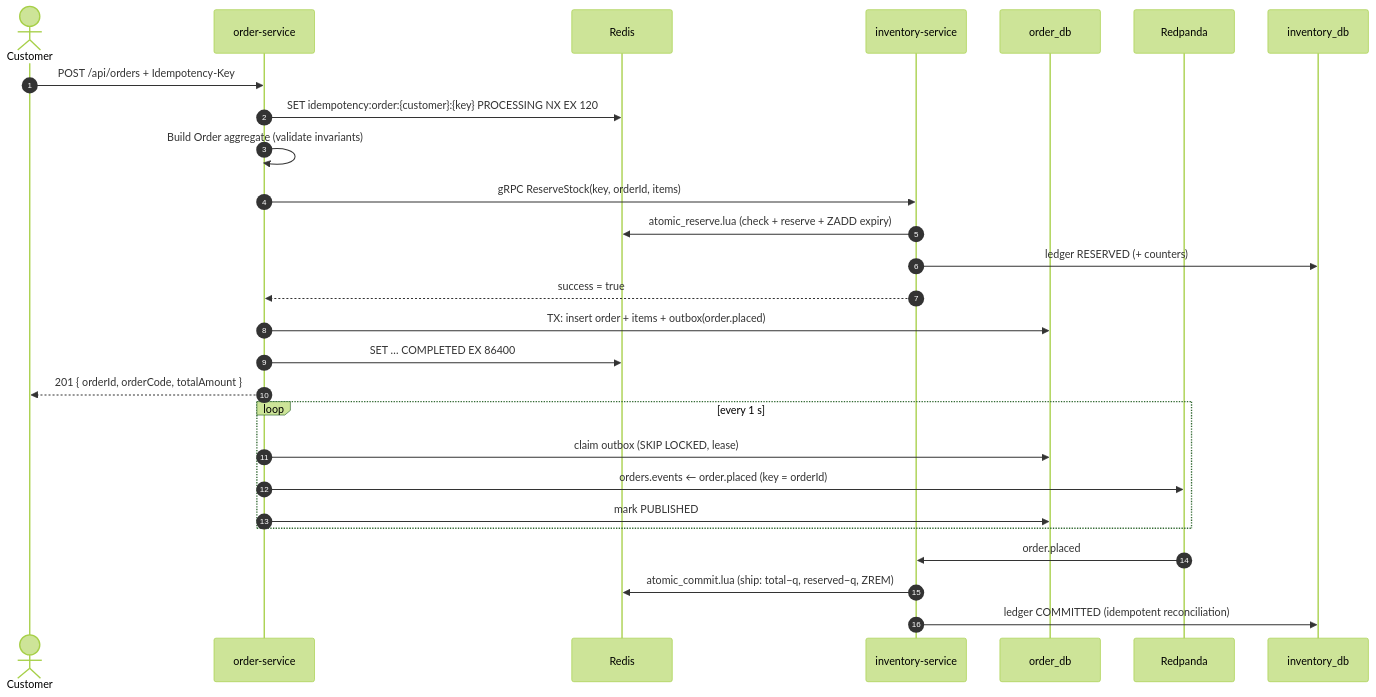
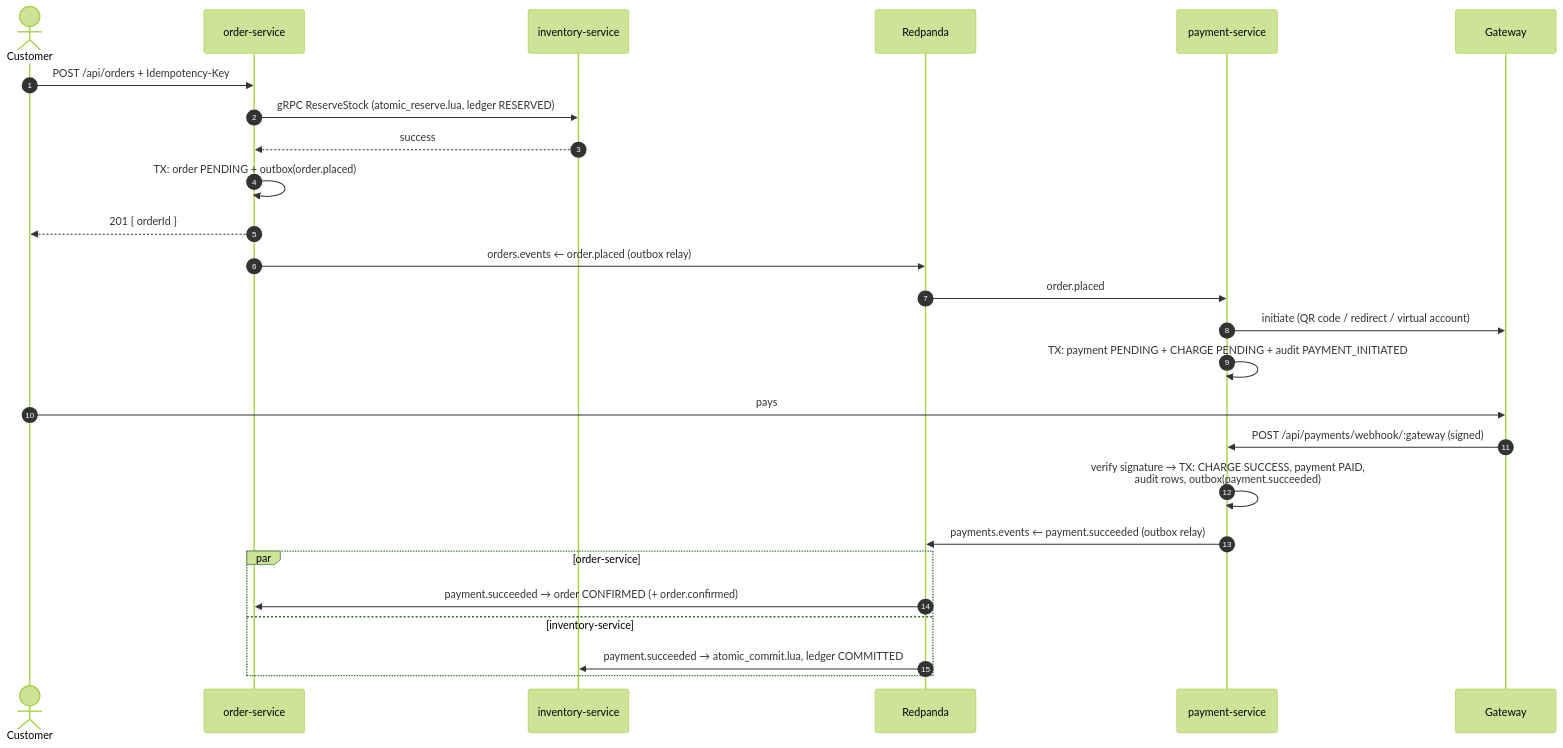
The seventh of 11 diagrams in docs/system-design.md (NamCaoDev/nestjs-ecommerce), drawn with Mermaid (forest theme) before and after one commit. The commit also changed other lines of this file and 330 other files, not shown here.

````diff
--- a/docs/system-design.md
+++ b/docs/system-design.md
@@ -228,30 +298,29 @@
 ```mermaid
 sequenceDiagram
   autonumber
   actor C as Customer
   participant O as order-service
-  participant R as Redis
   participant I as inventory-service
-  participant ODB as order_db
   participant K as Redpanda
-  participant IDB as inventory_db
+  participant P as payment-service
+  participant G as Gateway
 
   C->>O: POST /api/orders + Idempotency-Key
-  O->>R: SET idempotency:order:{customer}:{key} PROCESSING NX EX 120
-  O->>O: Build Order aggregate (validate invariants)
-  O->>I: gRPC ReserveStock(key, orderId, items)
-  I->>R: atomic_reserve.lua (check + reserve + ZADD expiry)
-  I->>IDB: ledger RESERVED (+ counters)
-  I-->>O: success = true
-  O->>ODB: TX: insert order + items + outbox(order.placed)
-  O->>R: SET … COMPLETED EX 86400
-  O-->>C: 201 { orderId, orderCode, totalAmount }
-  loop every 1 s
-    O->>ODB: claim outbox (SKIP LOCKED, lease)
-    O->>K: orders.events ← order.placed (key = orderId)
-    O->>ODB: mark PUBLISHED
+  O->>I: gRPC ReserveStock (atomic_reserve.lua, ledger RESERVED)
+  I-->>O: success
+  O->>O: TX: order PENDING + outbox(order.placed)
+  O-->>C: 201 { orderId }
+  O->>K: orders.events ← order.placed (outbox relay)
+  K->>P: order.placed
+  P->>G: initiate (QR code / redirect / virtual account)
+  P->>P: TX: payment PENDING + CHARGE PENDING + audit PAYMENT_INITIATED
+  C->>G: pays
+  G->>P: POST /api/payments/webhook/:gateway (signed)
+  P->>P: verify signature → TX: CHARGE SUCCESS, payment PAID,<br/>audit rows, outbox(payment.succeeded)
+  P->>K: payments.events ← payment.succeeded (outbox relay)
+  par order-service
+    K->>O: payment.succeeded → order CONFIRMED (+ order.confirmed)
+  and inventory-service
+    K->>I: payment.succeeded → atomic_commit.lua, ledger COMMITTED
   end
-  K->>I: order.placed
-  I->>R: atomic_commit.lua (ship: total−q, reserved−q, ZREM)
-  I->>IDB: ledger COMMITTED (idempotent reconciliation)
 ```
````
